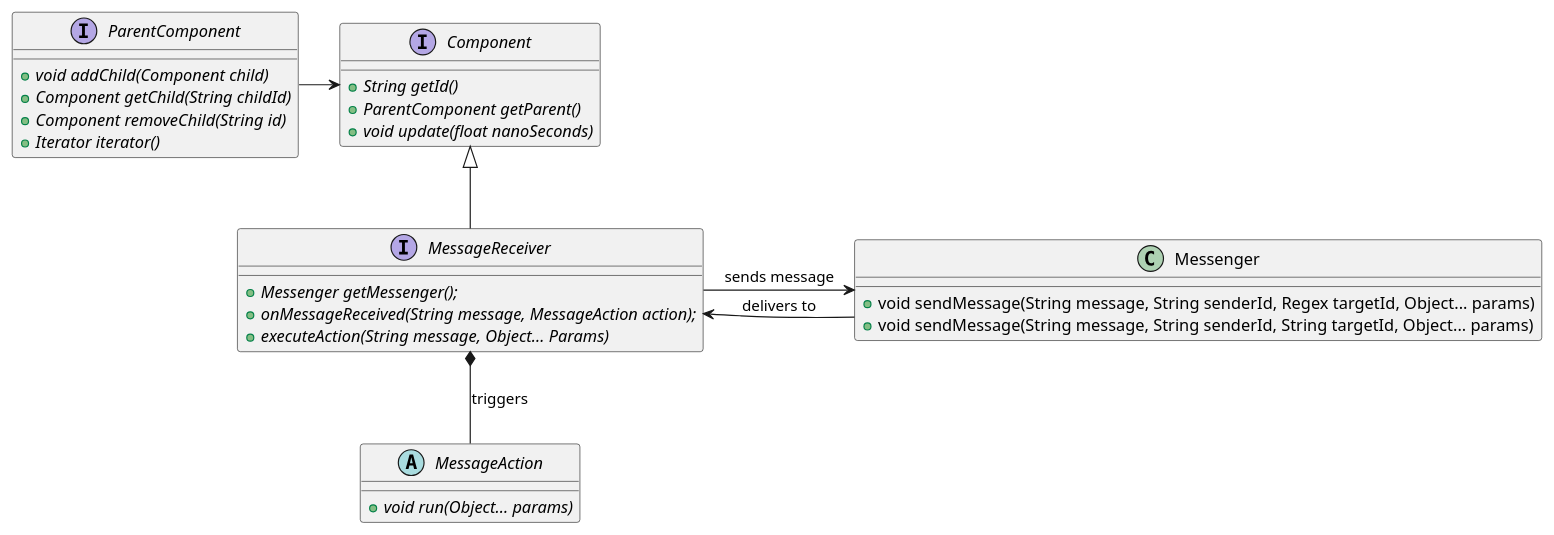
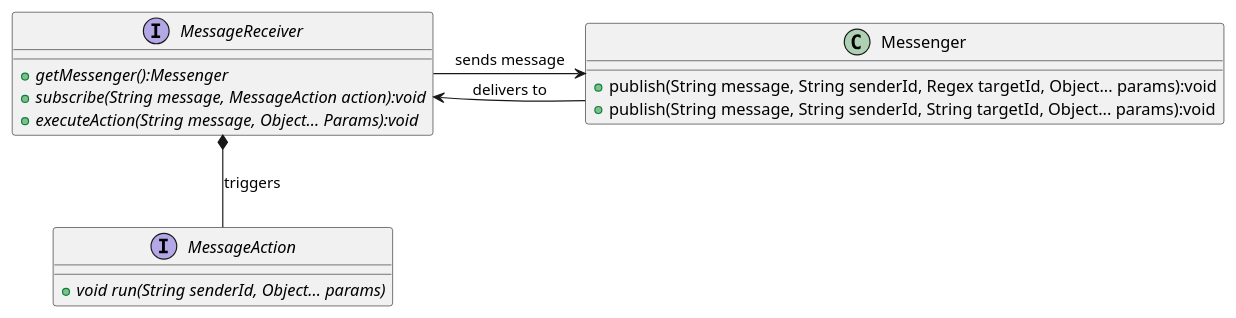
One commit to the-zucc/coureurs-de-bois-2 changed the third of 3 diagrams in uml/uml.puml. Above: the diagram before and after it, drawn with PlantUML. The commit also changed other lines of this file and 21 other files, not shown here.

```diff
--- a/uml/uml.puml
+++ b/uml/uml.puml
@@ -1,29 +107,17 @@
 @startuml
-interface Component {
-    +{abstract}String getId()
-    +{abstract}ParentComponent getParent()
-    +{abstract}void update(float nanoSeconds)
+class Messenger {
+    +publish(String message, String senderId, Regex targetId, Object... params):void
+    +publish(String message, String senderId, String targetId, Object... params):void
 }
-interface ParentComponent {
-    +{abstract}void addChild(Component child)
-    +{abstract}Component getChild(String childId)
-    +{abstract}Component removeChild(String id)
-    +{abstract}Iterator iterator()
+interface MessageReceiver {
+    +{abstract}getMessenger():Messenger
+    +{abstract}subscribe(String message, MessageAction action):void
+    +{abstract}executeAction(String message, Object... Params):void
 }
-ParentComponent -> Component
-class Messenger {
-    +void sendMessage(String message, String senderId, Regex targetId, Object... params)
-    +void sendMessage(String message, String senderId, String targetId, Object... params)
-}
-interface MessageReceiver extends Component {
-    +{abstract}Messenger getMessenger();
-    +{abstract}onMessageReceived(String message, MessageAction action);
-    +{abstract}executeAction(String message, Object... Params)
-}
-abstract class MessageAction{
-    +{abstract}void run(Object... params)
+interface MessageAction{
+    +{abstract}void run(String senderId, Object... params)
 }
 MessageReceiver -> Messenger : sends message
 Messenger -> MessageReceiver : delivers to
 MessageReceiver *-- MessageAction : triggers
 @enduml
```
